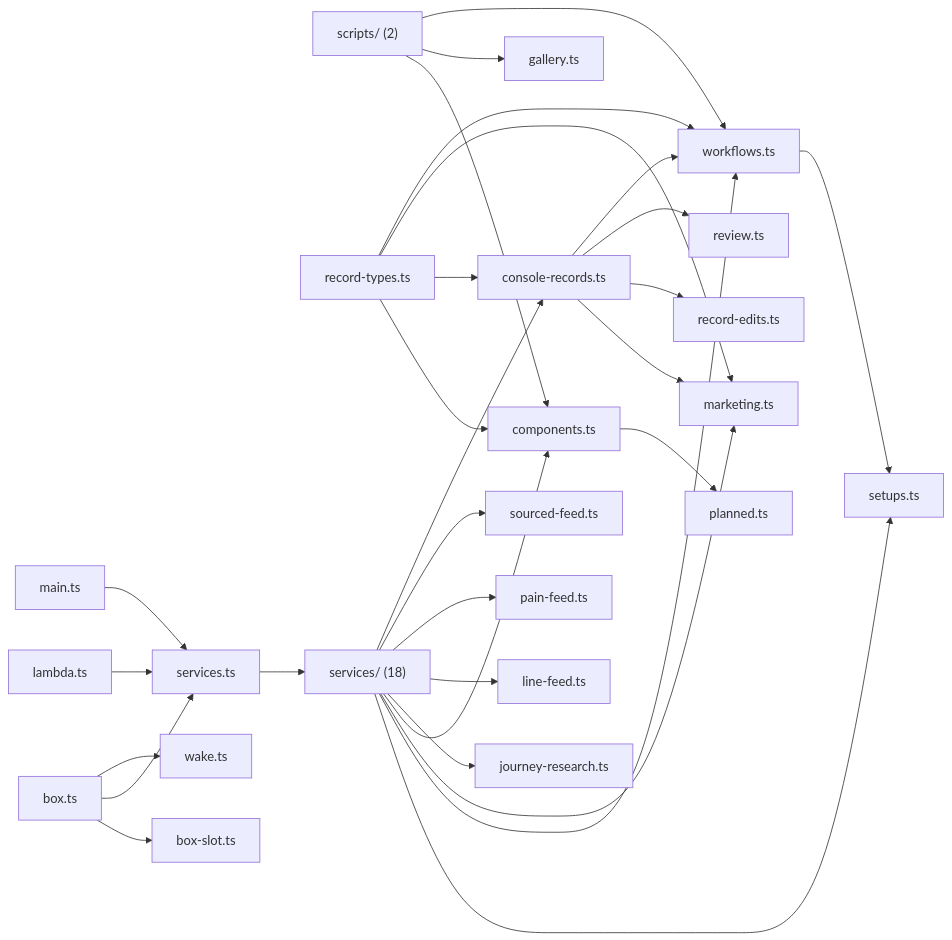
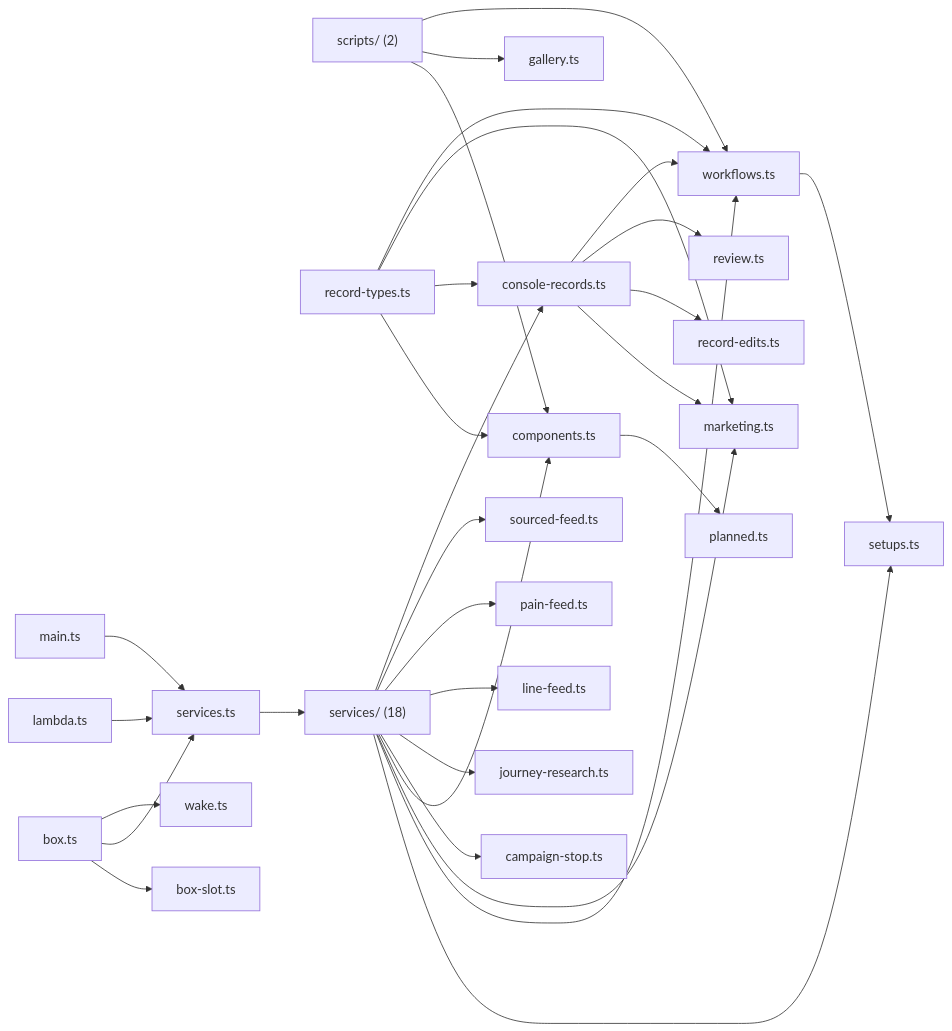
One commit to wrenautomation/wren changed the diagram in map/generated/imports/@wren+worker.md. Above: the diagram before and after it, drawn with Mermaid. The commit also changed other lines of this file and 17 other files, not shown here.

````diff
--- a/map/generated/imports/@wren+worker.md
+++ b/map/generated/imports/@wren+worker.md
@@ -48,53 +48,55 @@
 ```mermaid
 flowchart LR
   nscripts_["scripts/ (2)"]
   nbox_slot_ts["box-slot.ts"]
   nbox_ts["box.ts"]
+  ncampaign_stop_ts["campaign-stop.ts"]
   ncomponents_ts["components.ts"]
   nconsole_records_ts["console-records.ts"]
   ngallery_ts["gallery.ts"]
   njourney_research_ts["journey-research.ts"]
   nlambda_ts["lambda.ts"]
   nline_feed_ts["line-feed.ts"]
   nmain_ts["main.ts"]
   nmarketing_ts["marketing.ts"]
   npain_feed_ts["pain-feed.ts"]
   nplanned_ts["planned.ts"]
   nrecord_edits_ts["record-edits.ts"]
   nrecord_types_ts["record-types.ts"]
   nreview_ts["review.ts"]
   nservices_ts["services.ts"]
   nservices_["services/ (18)"]
   nsetups_ts["setups.ts"]
   nsourced_feed_ts["sourced-feed.ts"]
   nwake_ts["wake.ts"]
   nworkflows_ts["workflows.ts"]
   nscripts_ --> ncomponents_ts
   nscripts_ --> ngallery_ts
   nscripts_ --> nworkflows_ts
   nbox_ts --> nbox_slot_ts
   nbox_ts --> nservices_ts
   nbox_ts --> nwake_ts
   ncomponents_ts --> nplanned_ts
   nconsole_records_ts --> nmarketing_ts
   nconsole_records_ts --> nrecord_edits_ts
   nconsole_records_ts --> nreview_ts
   nconsole_records_ts --> nworkflows_ts
   nlambda_ts --> nservices_ts
   nmain_ts --> nservices_ts
   nrecord_types_ts --> ncomponents_ts
   nrecord_types_ts --> nconsole_records_ts
   nrecord_types_ts --> nmarketing_ts
   nrecord_types_ts --> nworkflows_ts
   nservices_ts --> nservices_
   nservices_ --> nsetups_ts
   nservices_ --> nworkflows_ts
   nservices_ --> nmarketing_ts
   nservices_ --> ncomponents_ts
+  nservices_ --> ncampaign_stop_ts
   nservices_ --> njourney_research_ts
   nservices_ --> nline_feed_ts
   nservices_ --> npain_feed_ts
   nservices_ --> nsourced_feed_ts
   nservices_ --> nconsole_records_ts
   nworkflows_ts --> nsetups_ts
 ```
````
